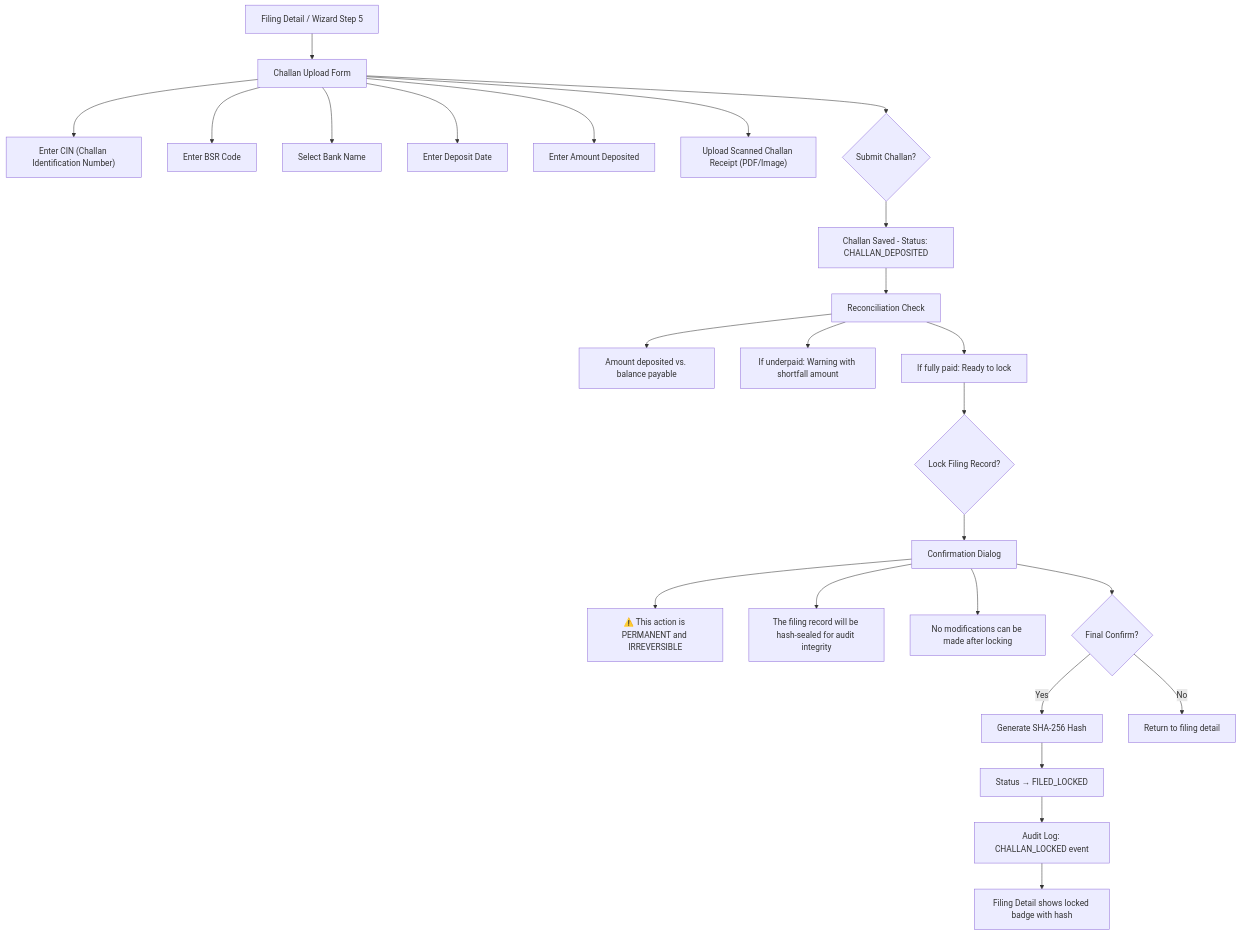
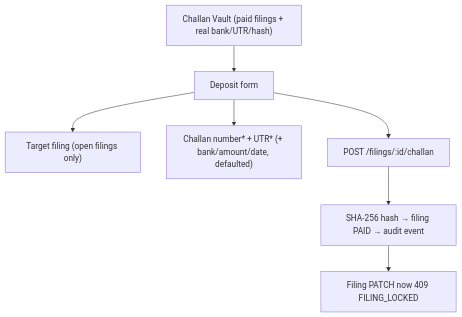
Before and after one commit to nonimousmusic/Gig-Worker-Social-Security-Compliance-Platform: the seventh of 12 diagrams in docs/user_flows.md, drawn with Mermaid. The commit also changed other lines of this file and 89 other files, not shown here.

````diff
--- a/docs/user_flows.md
+++ b/docs/user_flows.md
@@ -320,27 +214,9 @@
 ```mermaid
 flowchart TD
-    A["Filing Detail / Wizard Step 5"] --> B["Challan Upload Form"]
-    B --> B1["Enter CIN (Challan Identification Number)"]
-    B --> B2["Enter BSR Code"]
-    B --> B3["Select Bank Name"]
-    B --> B4["Enter Deposit Date"]
-    B --> B5["Enter Amount Deposited"]
-    B --> B6["Upload Scanned Challan Receipt (PDF/Image)"]
-    B --> C{"Submit Challan?"}
-    C --> D["Challan Saved - Status: CHALLAN_DEPOSITED"]
-    D --> E["Reconciliation Check"]
-    E --> E1["Amount deposited vs. balance payable"]
-    E --> E2["If underpaid: Warning with shortfall amount"]
-    E --> E3["If fully paid: Ready to lock"]
-    E3 --> F{"Lock Filing Record?"}
-    F --> G["Confirmation Dialog"]
-    G --> G1["⚠️ This action is PERMANENT and IRREVERSIBLE"]
-    G --> G2["The filing record will be hash-sealed for audit integrity"]
-    G --> G3["No modifications can be made after locking"]
-    G --> H{"Final Confirm?"}
-    H -->|Yes| I["Generate SHA-256 Hash"]
-    I --> J["Status → FILED_LOCKED"]
-    J --> K["Audit Log: CHALLAN_LOCKED event"]
-    K --> L["Filing Detail shows locked badge with hash"]
-    H -->|No| M["Return to filing detail"]
+    A["Challan Vault (paid filings + real bank/UTR/hash)"] --> B["Deposit form"]
+    B --> B1["Target filing (open filings only)"]
+    B --> B2["Challan number* + UTR* (+ bank/amount/date, defaulted)"]
+    B --> C["POST /filings/:id/challan"]
+    C --> D["SHA-256 hash → filing PAID → audit event"]
+    D --> E["Filing PATCH now 409 FILING_LOCKED"]
 ```
````
